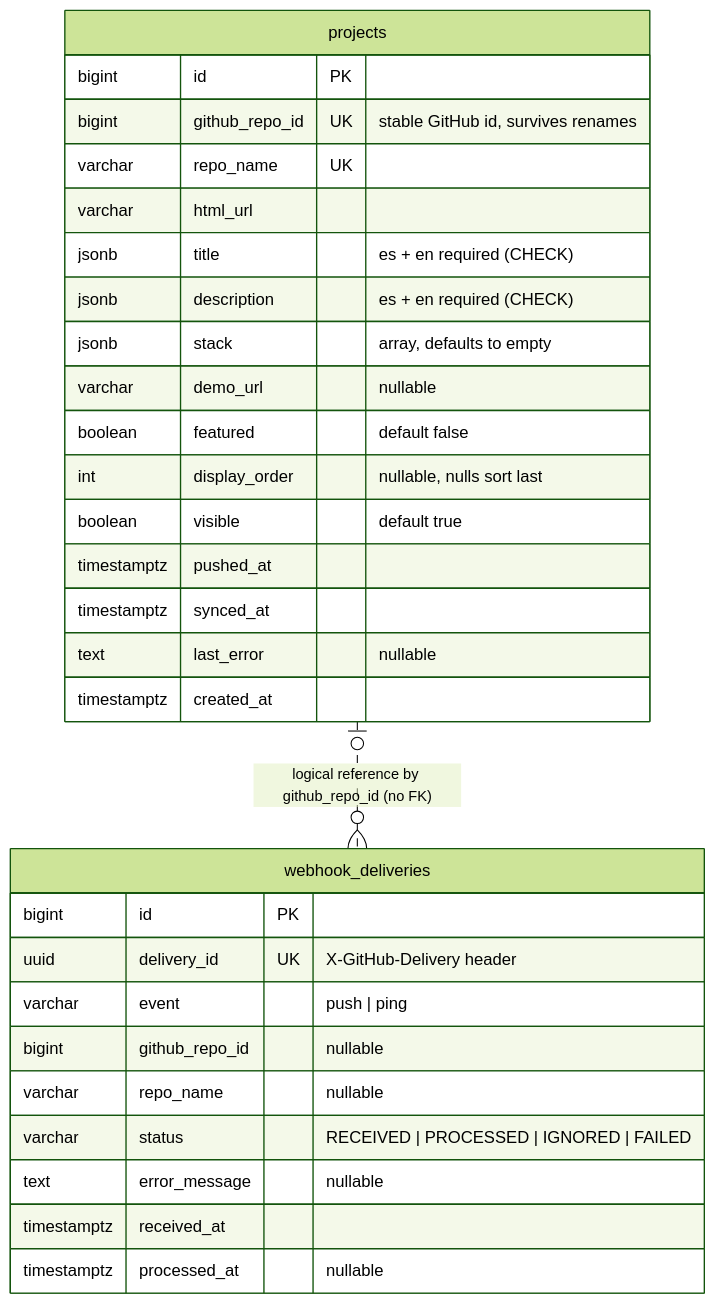
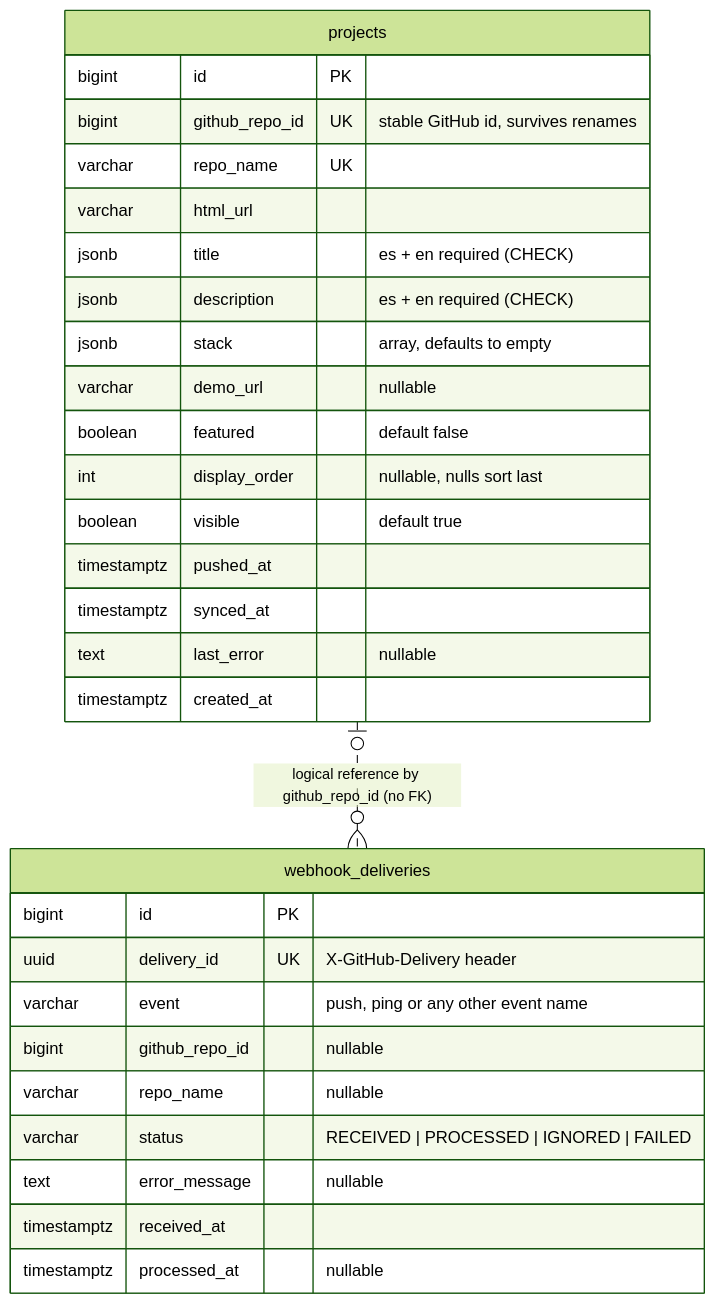
One commit to AlmeidaSNicolas/portfoliosync-api changed the second of 2 diagrams in README.md. Above: the diagram before and after it, drawn with Mermaid (forest theme). The commit also changed other lines of this file and 1 other file, not shown here.

````diff
--- a/README.md
+++ b/README.md
@@ -49,33 +49,33 @@
 ```mermaid
 erDiagram
     projects |o..o{ webhook_deliveries : "logical reference by github_repo_id (no FK)"
 
     projects {
         bigint id PK
         bigint github_repo_id UK "stable GitHub id, survives renames"
         varchar repo_name UK
         varchar html_url
         jsonb title "es + en required (CHECK)"
         jsonb description "es + en required (CHECK)"
         jsonb stack "array, defaults to empty"
         varchar demo_url "nullable"
         boolean featured "default false"
         int display_order "nullable, nulls sort last"
         boolean visible "default true"
         timestamptz pushed_at
         timestamptz synced_at
         text last_error "nullable"
         timestamptz created_at
     }
     webhook_deliveries {
         bigint id PK
         uuid delivery_id UK "X-GitHub-Delivery header"
-        varchar event "push | ping"
+        varchar event "push, ping or any other event name"
         bigint github_repo_id "nullable"
         varchar repo_name "nullable"
         varchar status "RECEIVED | PROCESSED | IGNORED | FAILED"
         text error_message "nullable"
         timestamptz received_at
         timestamptz processed_at "nullable"
     }
 ```
````
